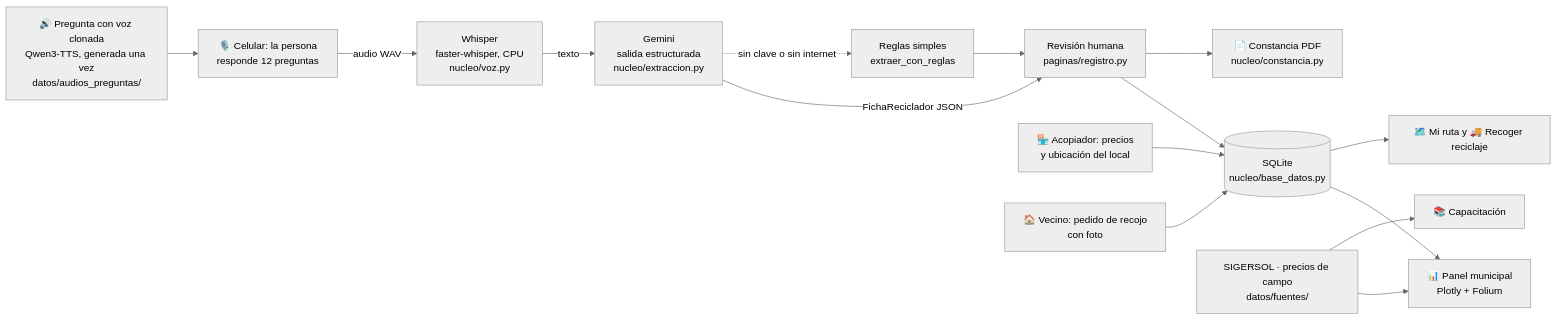
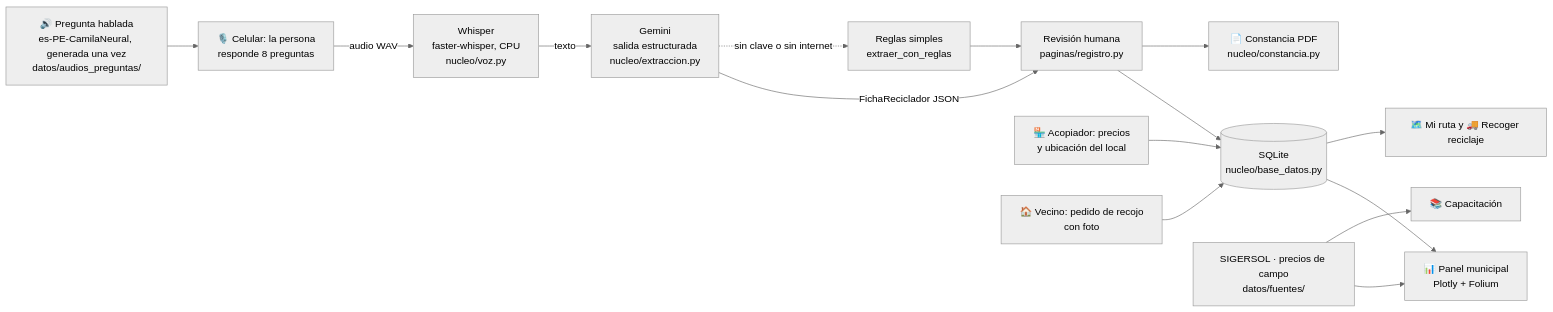
The diagram in README.md (grey-d18/proyecto_final), drawn with Mermaid (neutral theme) before and after one commit. The commit also changed other lines of this file and 38 other files, not shown here.

First line of the commit message:
Registro con 8 preguntas y voz es-PE-CamilaNeural en lugar de la voz clonada

````diff
--- a/README.md
+++ b/README.md
@@ -89,17 +89,17 @@
 ```mermaid
 flowchart LR
-    Q[🔊 Pregunta con voz clonada<br>Qwen3-TTS, generada una vez<br>datos/audios_preguntas/] --> A
-    A[🎙️ Celular: la persona<br>responde 12 preguntas] -->|audio WAV| B[Whisper<br>faster-whisper, CPU<br>nucleo/voz.py]
+    Q[🔊 Pregunta hablada<br>es-PE-CamilaNeural, generada una vez<br>datos/audios_preguntas/] --> A
+    A[🎙️ Celular: la persona<br>responde 8 preguntas] -->|audio WAV| B[Whisper<br>faster-whisper, CPU<br>nucleo/voz.py]
     B -->|texto| C[Gemini<br>salida estructurada<br>nucleo/extraccion.py]
     C -->|FichaReciclador JSON| D[Revisión humana<br>paginas/registro.py]
     D --> E[(SQLite<br>nucleo/base_datos.py)]
     D --> F[📄 Constancia PDF<br>nucleo/constancia.py]
     E --> G[📊 Panel municipal<br>Plotly + Folium]
     H[SIGERSOL · precios de campo<br>datos/fuentes/] --> G
     H --> I[📚 Capacitación]
     K[🏪 Acopiador: precios<br>y ubicación del local] --> E
     L[🏠 Vecino: pedido de recojo<br>con foto] --> E
     E --> M[🗺️ Mi ruta y 🚚 Recoger reciclaje]
     C -.sin clave o sin internet.-> J[Reglas simples<br>extraer_con_reglas]
     J --> D
 ```
````
